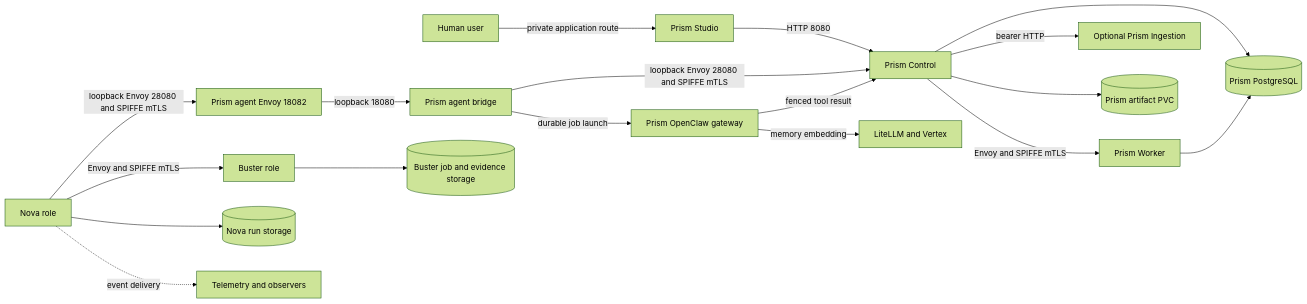
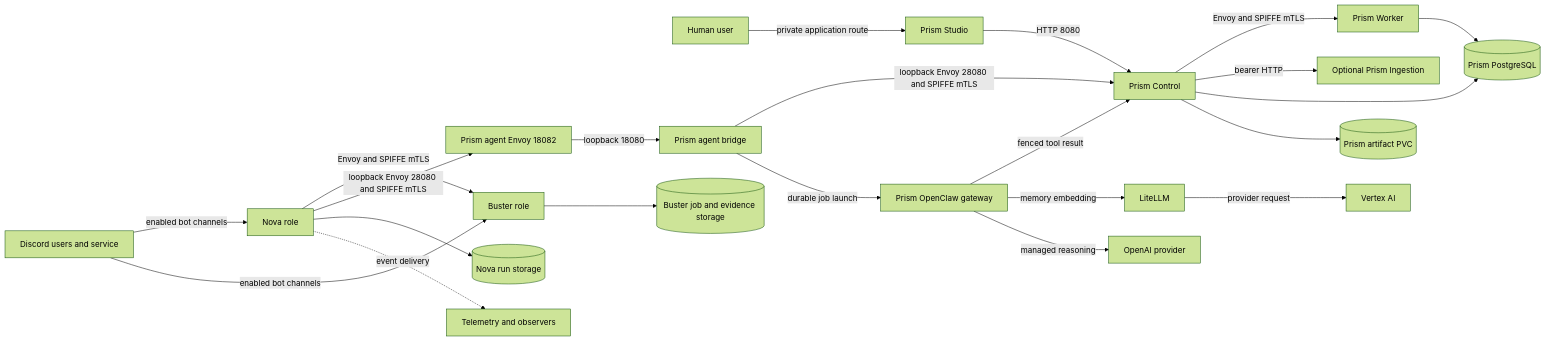
One commit to datrab/kubeclaw changed the first of 2 diagrams in docs/site/understand/deployment-and-trust.md. Above: the diagram before and after it, drawn with Mermaid (forest theme). The commit also changed other lines of this file and 32 other files, not shown here.

````diff
--- a/docs/site/understand/deployment-and-trust.md
+++ b/docs/site/understand/deployment-and-trust.md
@@ -26,20 +26,24 @@
 ```mermaid
 flowchart LR
     User[Human user] -->|private application route| Studio[Prism Studio]
     Studio -->|HTTP 8080| Control[Prism Control]
     Nova[Nova role] -->|Envoy and SPIFFE mTLS| Buster[Buster role]
     Nova -->|loopback Envoy 28080 and SPIFFE mTLS| AgentProxy[Prism agent Envoy 18082]
     AgentProxy -->|loopback 18080| Bridge[Prism agent bridge]
     Bridge -->|loopback Envoy 28080 and SPIFFE mTLS| Control
     Bridge -->|durable job launch| OpenClaw[Prism OpenClaw gateway]
     OpenClaw -->|fenced tool result| Control
-    OpenClaw -->|memory embedding| LiteLLM[LiteLLM and Vertex]
+    OpenClaw -->|memory embedding| LiteLLM[LiteLLM]
+    LiteLLM -->|provider request| Vertex[Vertex AI]
+    OpenClaw -->|managed reasoning| OpenAI[OpenAI provider]
     Control -->|Envoy and SPIFFE mTLS| PWorker[Prism Worker]
     Control -->|bearer HTTP| Ingestion[Optional Prism Ingestion]
     Control --> DB[(Prism PostgreSQL)]
     PWorker --> DB
     Control --> Artifacts[(Prism artifact PVC)]
     Nova --> RunStore[(Nova run storage)]
     Buster --> BStore[(Buster job and evidence storage)]
+    Discord[Discord users and service] -->|enabled bot channels| Nova
+    Discord -->|enabled bot channels| Buster
     Nova -. event delivery .-> Telemetry[Telemetry and observers]
 ```
````
